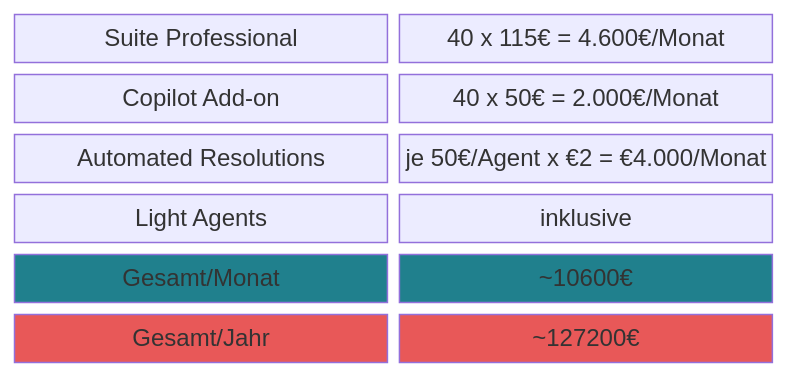
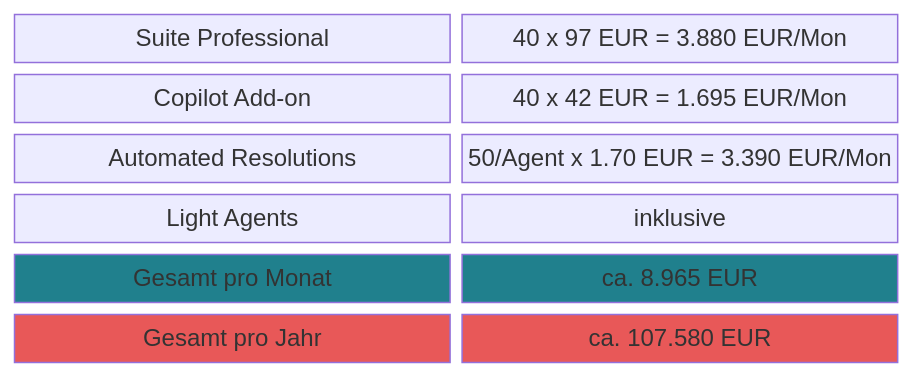
The second of 11 diagrams in readme.md (tekknix/zendesk-ai), drawn with Mermaid before and after one commit. The commit also changed other lines of this file, not shown here.

````diff
--- a/readme.md
+++ b/readme.md
@@ -30,15 +32,15 @@
 ```mermaid
 block-beta
     columns 2
-    A["Suite Professional"]:1 B["40 x 115€ = 4.600€/Monat"]:1
-    C["Copilot Add-on"]:1 D["40 x 50€ = 2.000€/Monat"]:1
-    E["Automated Resolutions"]:1 F["je 50€/Agent x €2 = €4.000/Monat"]:1
+    A["Suite Professional"]:1 B["40 x 97 EUR = 3.880 EUR/Mon"]:1
+    C["Copilot Add-on"]:1 D["40 x 42 EUR = 1.695 EUR/Mon"]:1
+    E["Automated Resolutions"]:1 F["50/Agent x 1.70 EUR = 3.390 EUR/Mon"]:1
     G["Light Agents"]:1 H["inklusive"]:1
-    I["Gesamt/Monat"]:1 J["~10600€"]:1
-    K["Gesamt/Jahr"]:1 L["~127200€"]:1
+    I["Gesamt pro Monat"]:1 J["ca. 8.965 EUR"]:1
+    K["Gesamt pro Jahr"]:1 L["ca. 107.580 EUR"]:1
 
     style I fill:#20808D,color:#fff
     style J fill:#20808D,color:#fff
     style K fill:#E85858,color:#fff
     style L fill:#E85858,color:#fff
 ```
````
